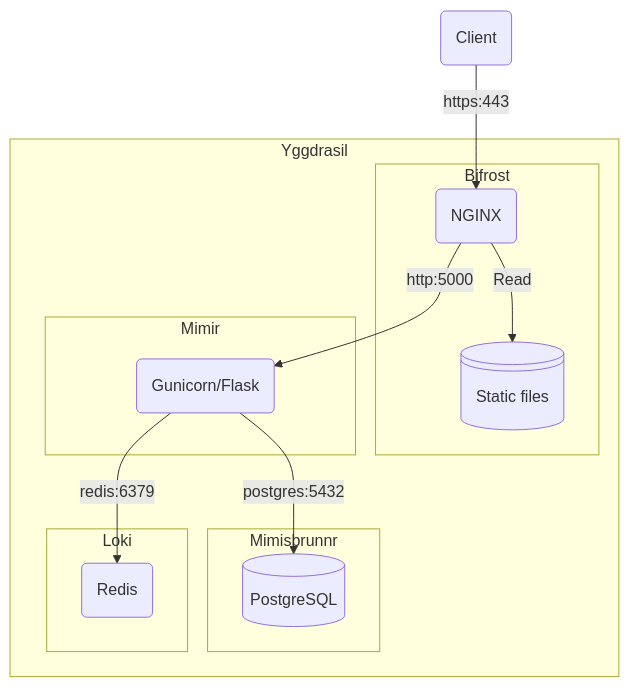
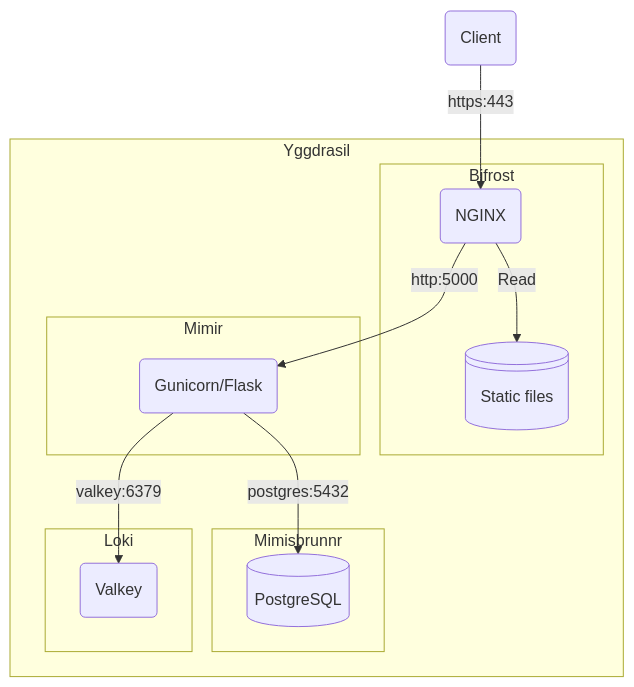
The second of 3 diagrams in README.md (matthew-shaw/conflux), drawn with Mermaid before and after one commit. The commit also changed other lines of this file and 1 other file, not shown here.

Commit message:
swap redis to valkey

````diff
--- a/README.md
+++ b/README.md
@@ -111,30 +111,30 @@
 ```mermaid
 flowchart TB
-    redis(Redis)
+    valkey(Valkey)
     client(Client)
     nginx(NGINX)
     flask(Gunicorn/Flask)
     static@{ shape: lin-cyl, label: "Static files" }
     db@{ shape: cyl, label: "PostgreSQL" }
 
     client -- https:443 --> nginx -- http:5000 --> flask -- postgres:5432 --> db
-    flask -- redis:6379 --> redis
+    flask -- valkey:6379 --> valkey
 
     subgraph Yggdrasil
         subgraph Bifrost
             nginx -- Read --> static
         end
 
         subgraph Mimir
             flask
         end
 
         subgraph Mimisbrunnr
             db
         end
 
         subgraph Loki
-            redis
+            valkey
         end
     end
 ```
````
